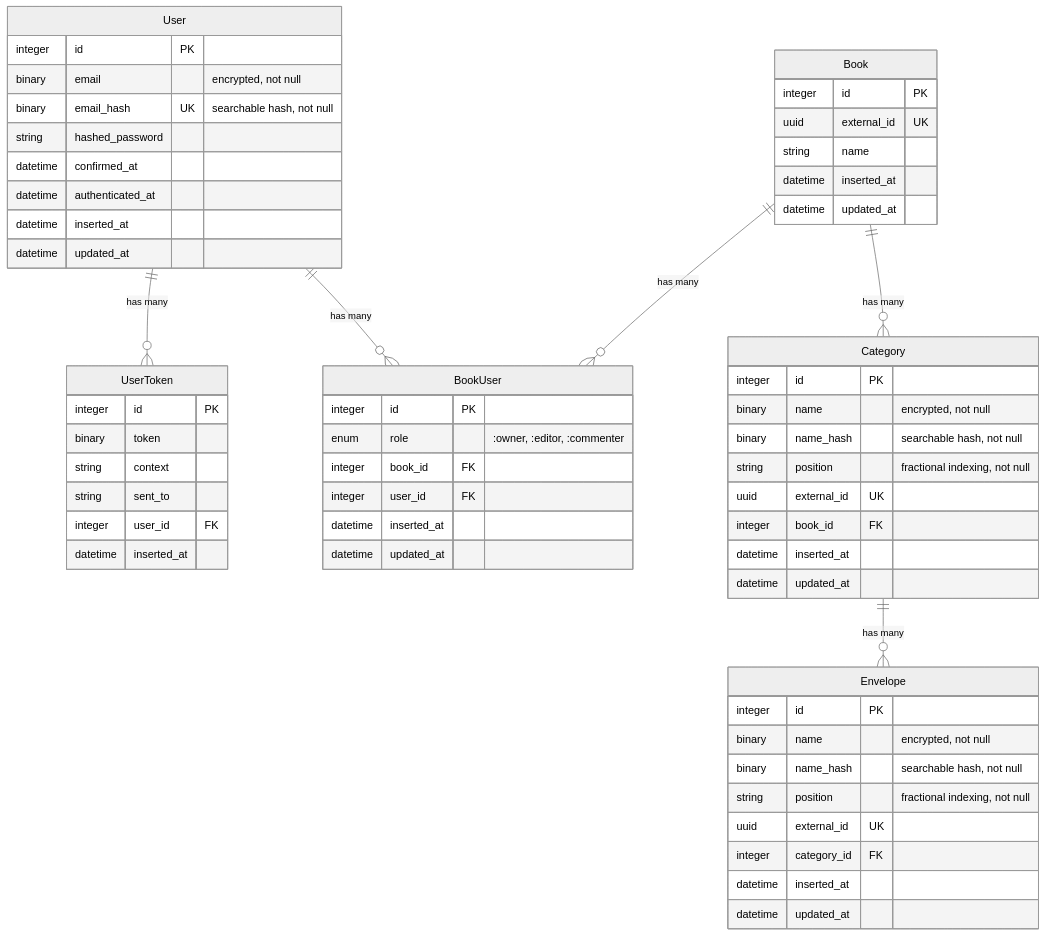
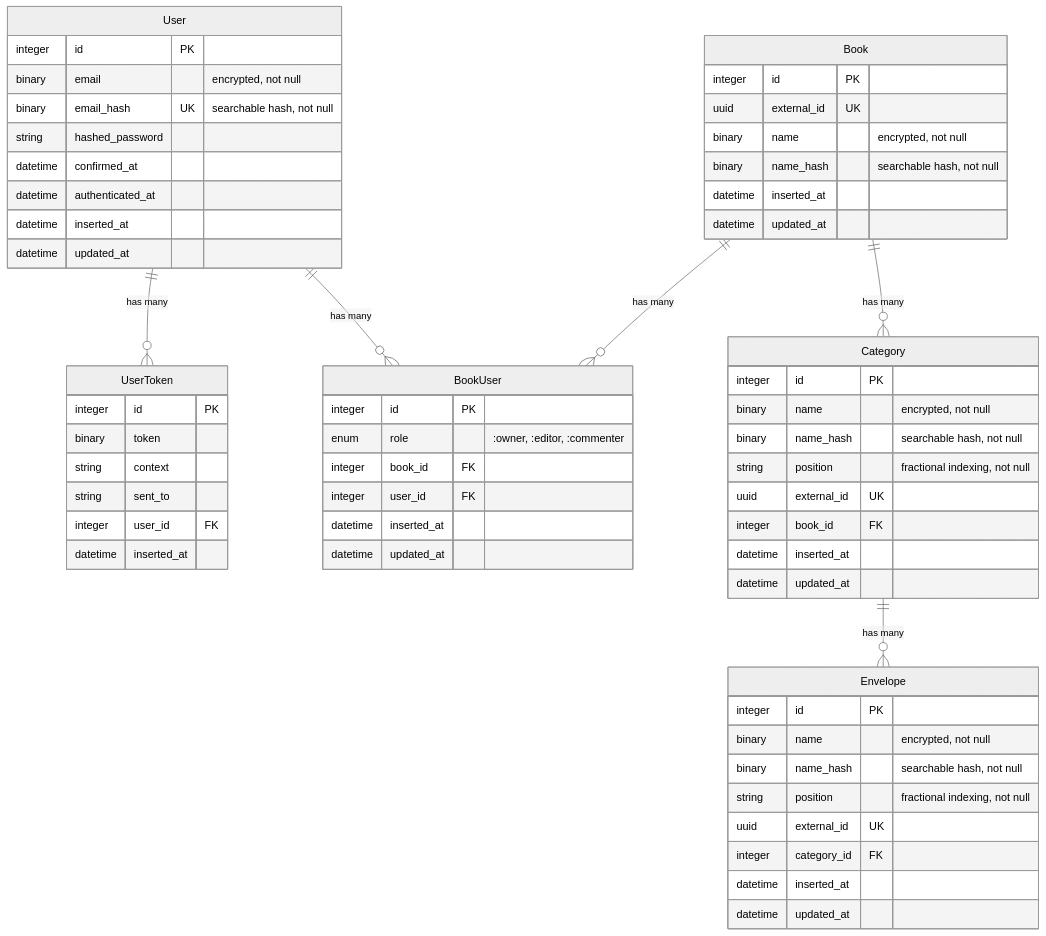
Before and after one commit to pursecraft/pursecraft: the diagram in docs/database_schema.md, drawn with Mermaid (neutral theme). The commit also changed other lines of this file and 10 other files, not shown here.

Commit message:
Add encryption to Book schema

````diff
--- a/docs/database_schema.md
+++ b/docs/database_schema.md
@@ -5,67 +5,68 @@
 ```mermaid
 erDiagram
     User ||--o{ UserToken : "has many"
     User ||--o{ BookUser : "has many"
     Book ||--o{ BookUser : "has many"
     Book ||--o{ Category : "has many"
     Category ||--o{ Envelope : "has many"
     
     User {
         integer id PK
         binary email "encrypted, not null"
         binary email_hash UK "searchable hash, not null"
         string hashed_password
         datetime confirmed_at
         datetime authenticated_at
         datetime inserted_at
         datetime updated_at
     }
     
     UserToken {
         integer id PK
         binary token
         string context
         string sent_to
         integer user_id FK
         datetime inserted_at
     }
     
     Book {
         integer id PK
         uuid external_id UK
-        string name
+        binary name "encrypted, not null"
+        binary name_hash "searchable hash, not null"
         datetime inserted_at
         datetime updated_at
     }
     
     BookUser {
         integer id PK
         enum role ":owner, :editor, :commenter"
         integer book_id FK
         integer user_id FK
         datetime inserted_at
         datetime updated_at
     }
     
     Category {
         integer id PK
         binary name "encrypted, not null"
         binary name_hash "searchable hash, not null"
         string position "fractional indexing, not null"
         uuid external_id UK
         integer book_id FK
         datetime inserted_at
         datetime updated_at
     }
     
     Envelope {
         integer id PK
         binary name "encrypted, not null"
         binary name_hash "searchable hash, not null"
         string position "fractional indexing, not null"
         uuid external_id UK
         integer category_id FK
         datetime inserted_at
         datetime updated_at
     }
 ```
````
